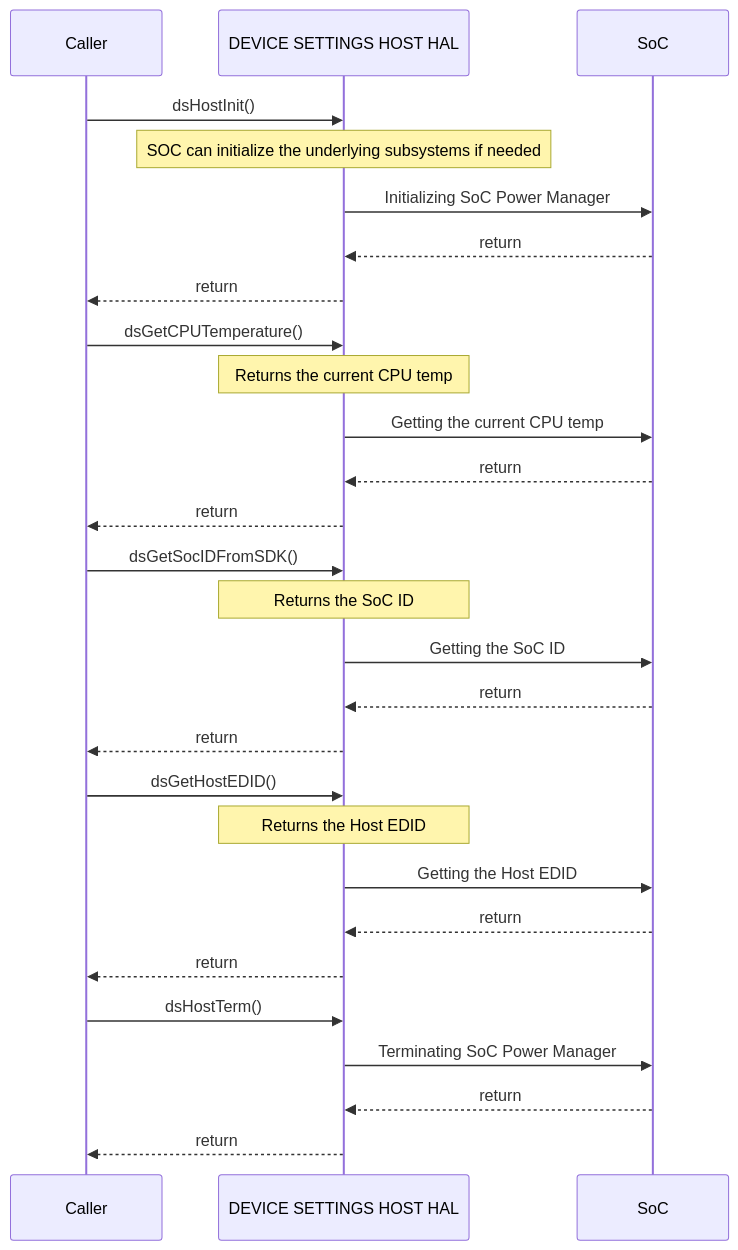
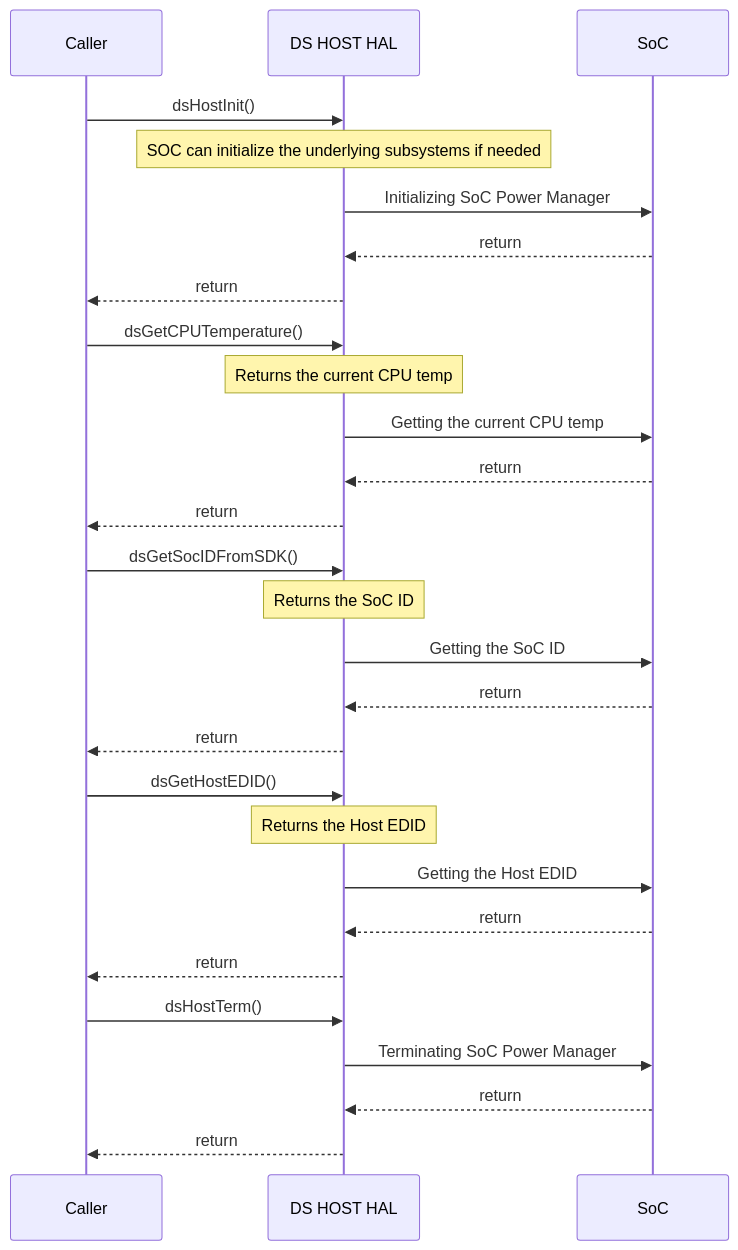
Before and after one commit to rdkcentral/rdk-halif-device_settings: the second of 2 diagrams in docs/pages/ds-host_halSpec.md, drawn with Mermaid. The commit also changed other lines of this file and 3 other files, not shown here.

````diff
--- a/docs/pages/ds-host_halSpec.md
+++ b/docs/pages/ds-host_halSpec.md
@@ -164,31 +164,31 @@
 ```mermaid
 %%{ init : { "theme" : "default", "flowchart" : { "curve" : "stepBefore" }}}%%
    sequenceDiagram
     participant Caller as Caller
-    participant HAL as DEVICE SETTINGS HOST HAL
+    participant HAL as DS HOST HAL
     participant Driver as SoC
     Caller->>HAL:dsHostInit()
     Note over HAL: SOC can initialize the underlying subsystems if needed
     HAL->>Driver:Initializing SoC Power Manager
     Driver-->>HAL:return
     HAL-->>Caller:return
     Caller->>HAL:dsGetCPUTemperature()
     Note over HAL: Returns the current CPU temp
     HAL->>Driver:Getting the current CPU temp
     Driver-->>HAL:return
     HAL-->>Caller:return
     Caller->>HAL:dsGetSocIDFromSDK()
     Note over HAL: Returns the SoC ID
     HAL->>Driver:Getting the SoC ID
     Driver-->>HAL:return
     HAL-->>Caller:return
     Caller->>HAL:dsGetHostEDID()
     Note over HAL: Returns the Host EDID
     HAL->>Driver:Getting the Host EDID
     Driver-->>HAL:return
     HAL-->>Caller:return
     Caller ->>HAL:dsHostTerm()
     HAL->>Driver:Terminating SoC Power Manager
     Driver-->>HAL:return
     HAL-->>Caller:return
  ```
````
